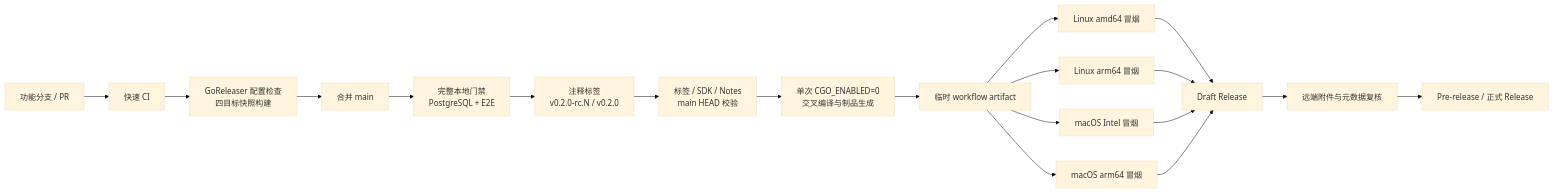
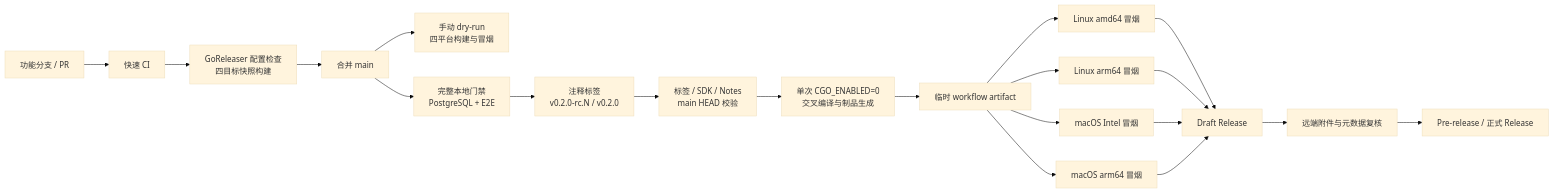
The first of 4 diagrams in docs/superpowers/specs/2026-08-19-v0.2-ga-stabilization-design.md (yyl1212/agent-studio), drawn with Mermaid (base theme) before and after one commit. The commit also changed other lines of this file and 1 other file, not shown here.

````diff
--- a/docs/superpowers/specs/2026-08-19-v0.2-ga-stabilization-design.md
+++ b/docs/superpowers/specs/2026-08-19-v0.2-ga-stabilization-design.md
@@ -77,21 +80,22 @@
 ```mermaid
 flowchart LR
   PR["功能分支 / PR"] --> CI["快速 CI"]
   CI --> SNAP["GoReleaser 配置检查<br/>四目标快照构建"]
   SNAP --> MAIN["合并 main"]
+  MAIN --> DRY["手动 dry-run<br/>四平台构建与冒烟"]
   MAIN --> FULL["完整本地门禁<br/>PostgreSQL + E2E"]
   FULL --> TAG["注释标签<br/>v0.2.0-rc.N / v0.2.0"]
   TAG --> PREFLIGHT["标签 / SDK / Notes<br/>main HEAD 校验"]
   PREFLIGHT --> BUILD["单次 CGO_ENABLED=0<br/>交叉编译与制品生成"]
   BUILD --> TEMP["临时 workflow artifact"]
   TEMP --> LA["Linux amd64 冒烟"]
   TEMP --> LR["Linux arm64 冒烟"]
   TEMP --> MI["macOS Intel 冒烟"]
   TEMP --> MA["macOS arm64 冒烟"]
   LA --> DRAFT["Draft Release"]
   LR --> DRAFT
   MI --> DRAFT
   MA --> DRAFT
   DRAFT --> VERIFY["远端附件与元数据复核"]
   VERIFY --> PUBLIC["Pre-release / 正式 Release"]
 ```
````
